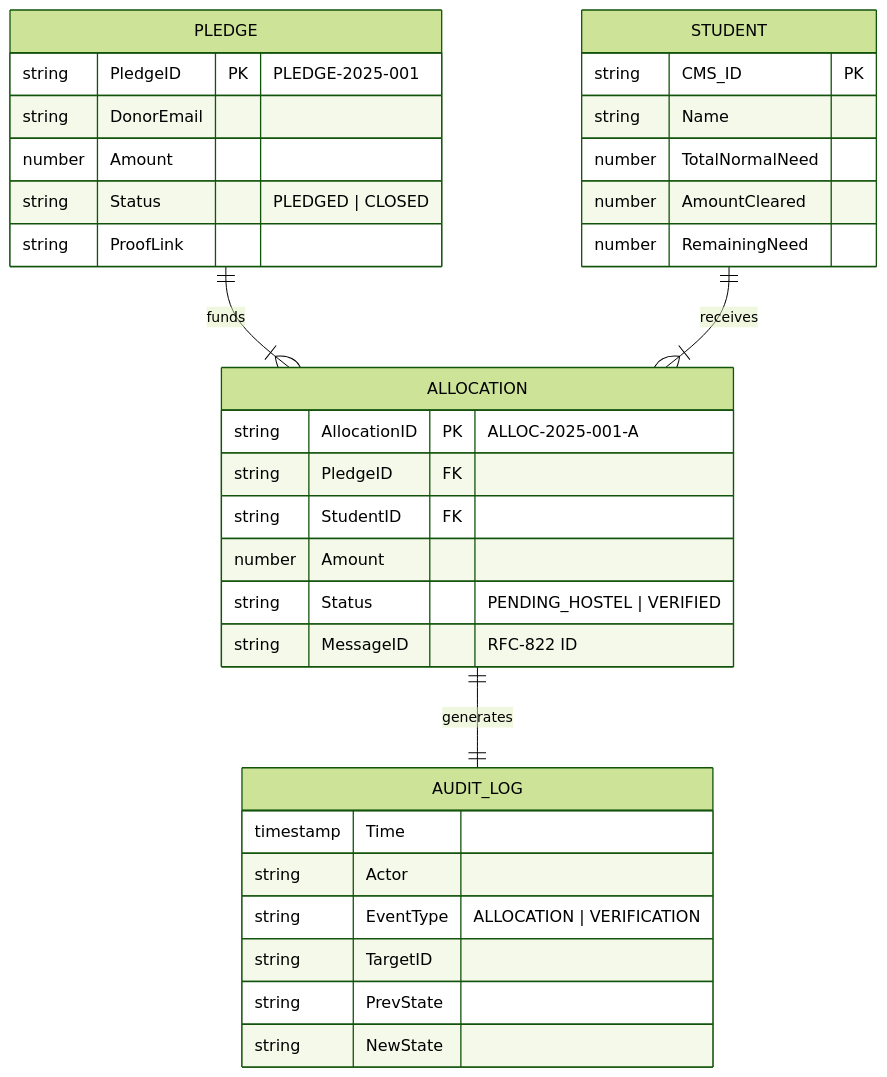
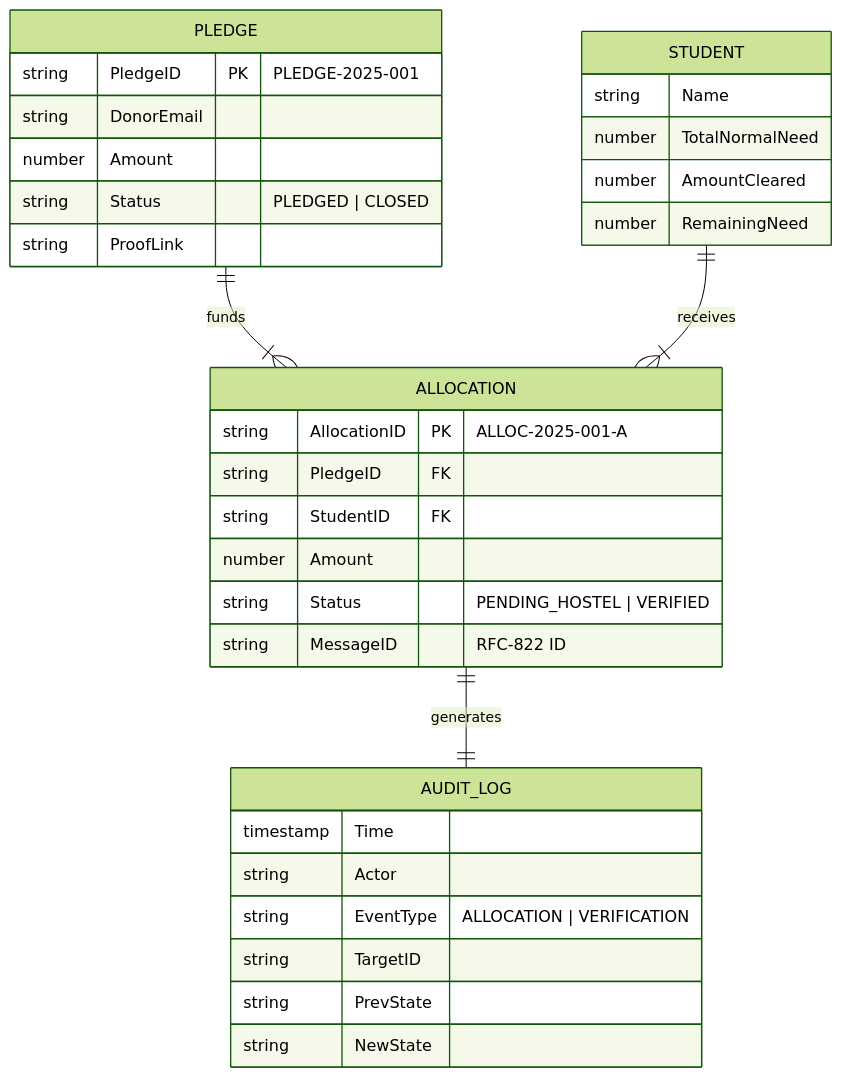
One commit to ahuraira/nust-lifeline-automation changed the third of 3 diagrams in docs/ARCHITECTURE.md. Above: the diagram before and after it, drawn with Mermaid (forest theme). The commit also changed other lines of this file and 4 other files, not shown here.

Commit message:
feat: Upgrade LLM to Gemini 3, add extensive architectural and AI watchdog documentation, and refine PII handling.

````diff
--- a/docs/ARCHITECTURE.md
+++ b/docs/ARCHITECTURE.md
@@ -98,40 +98,39 @@
 ```mermaid
 erDiagram
     PLEDGE ||--|{ ALLOCATION : "funds"
     STUDENT ||--|{ ALLOCATION : "receives"
     ALLOCATION ||--|| AUDIT_LOG : "generates"
 
     PLEDGE {
         string PledgeID PK "PLEDGE-2025-001"
         string DonorEmail
         number Amount
         string Status "PLEDGED | CLOSED"
         string ProofLink
     }
 
     ALLOCATION {
         string AllocationID PK "ALLOC-2025-001-A"
         string PledgeID FK
         string StudentID FK
         number Amount
         string Status "PENDING_HOSTEL | VERIFIED"
         string MessageID "RFC-822 ID"
     }
 
     STUDENT {
-        string CMS_ID PK
         string Name
         number TotalNormalNeed
         number AmountCleared
         number RemainingNeed
     }
 
     AUDIT_LOG {
         timestamp Time
         string Actor
         string EventType "ALLOCATION | VERIFICATION"
         string TargetID
         string PrevState
         string NewState
     }
 ```
````
